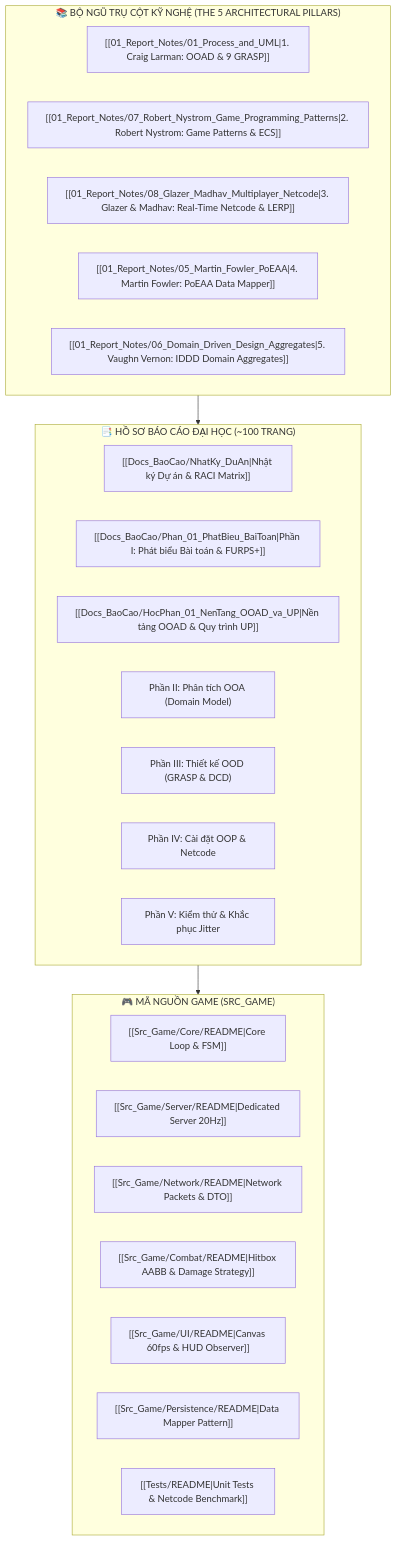
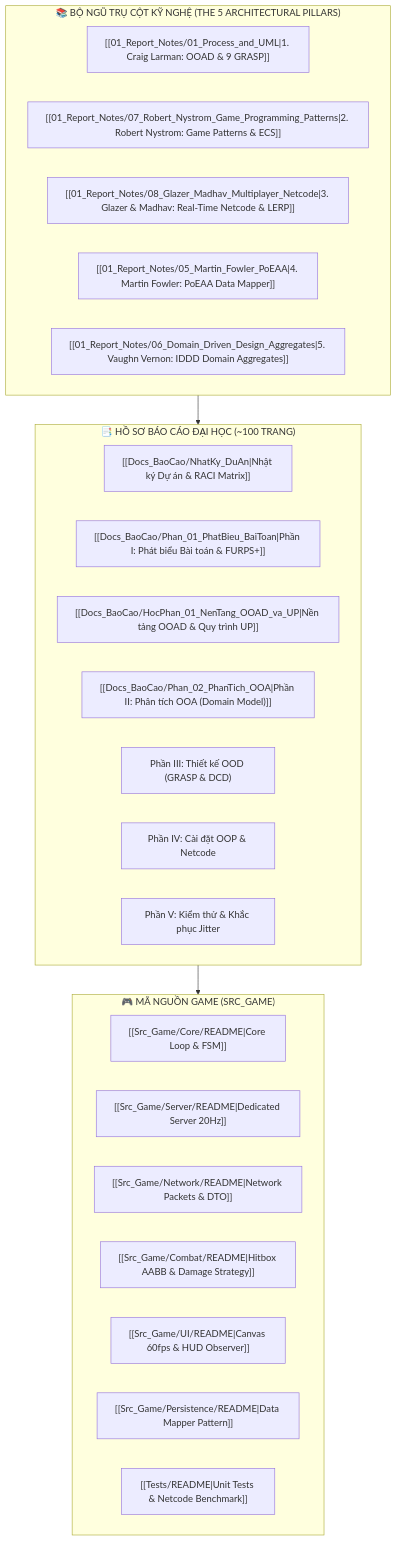
The diagram in DASHBOARD.md (Tran1209/UML-Patterns-Mastery), drawn with Mermaid before and after one commit. The commit also changed other lines of this file and 2 other files, not shown here.

Commit message:
feat(report): complete Chapter 2 Object-Oriented Analysis (OOA) with Use Cases, SSDs, Operation Contracts and Domain Model

````diff
--- a/DASHBOARD.md
+++ b/DASHBOARD.md
@@ -29,33 +29,33 @@
 ```mermaid
 flowchart TD
     subgraph KB["📚 BỘ NGŨ TRỤ CỘT KỸ NGHỆ (THE 5 ARCHITECTURAL PILLARS)"]
         K1["[[01_Report_Notes/01_Process_and_UML|1. Craig Larman: OOAD & 9 GRASP]]"]
         K2["[[01_Report_Notes/07_Robert_Nystrom_Game_Programming_Patterns|2. Robert Nystrom: Game Patterns & ECS]]"]
         K3["[[01_Report_Notes/08_Glazer_Madhav_Multiplayer_Netcode|3. Glazer & Madhav: Real-Time Netcode & LERP]]"]
         K4["[[01_Report_Notes/05_Martin_Fowler_PoEAA|4. Martin Fowler: PoEAA Data Mapper]]"]
         K5["[[01_Report_Notes/06_Domain_Driven_Design_Aggregates|5. Vaughn Vernon: IDDD Domain Aggregates]]"]
     end
 
     subgraph REPORT["📑 HỒ SƠ BÁO CÁO ĐẠI HỌC (~100 TRANG)"]
         R0["[[Docs_BaoCao/NhatKy_DuAn|Nhật ký Dự án & RACI Matrix]]"]
         R1["[[Docs_BaoCao/Phan_01_PhatBieu_BaiToan|Phần I: Phát biểu Bài toán & FURPS+]]"]
         R2["[[Docs_BaoCao/HocPhan_01_NenTang_OOAD_va_UP|Nền tảng OOAD & Quy trình UP]]"]
-        R3["Phần II: Phân tích OOA (Domain Model)"]
+        R3["[[Docs_BaoCao/Phan_02_PhanTich_OOA|Phần II: Phân tích OOA (Domain Model)]]"]
         R4["Phần III: Thiết kế OOD (GRASP & DCD)"]
         R5["Phần IV: Cài đặt OOP & Netcode"]
         R6["Phần V: Kiểm thử & Khắc phục Jitter"]
     end
 
     subgraph CODE["🎮 MÃ NGUỒN GAME (SRC_GAME)"]
         C1["[[Src_Game/Core/README|Core Loop & FSM]]"]
         C2["[[Src_Game/Server/README|Dedicated Server 20Hz]]"]
         C3["[[Src_Game/Network/README|Network Packets & DTO]]"]
         C4["[[Src_Game/Combat/README|Hitbox AABB & Damage Strategy]]"]
         C5["[[Src_Game/UI/README|Canvas 60fps & HUD Observer]]"]
         C6["[[Src_Game/Persistence/README|Data Mapper Pattern]]"]
         C7["[[Tests/README|Unit Tests & Netcode Benchmark]]"]
     end
 
     KB --> REPORT
     REPORT --> CODE
 ```
````
